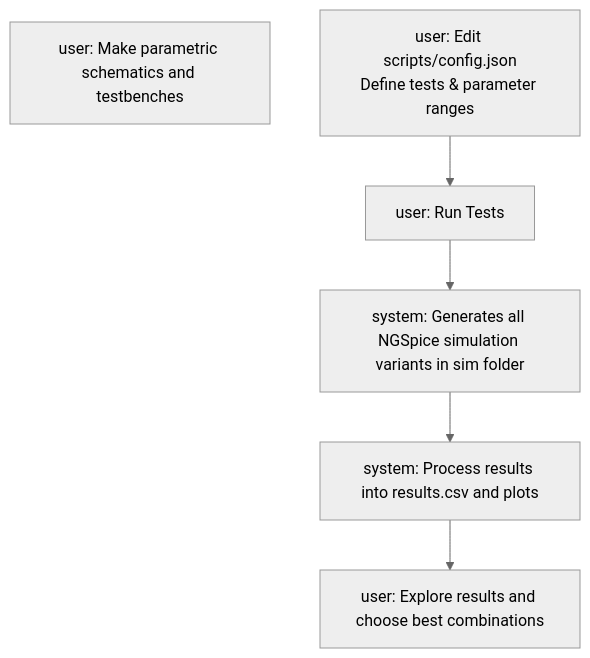
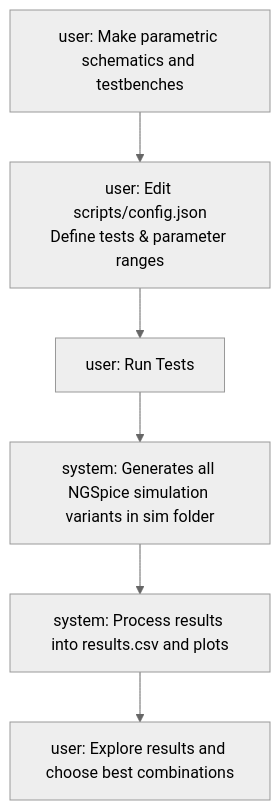
The diagram in README.md (adankvitschal/sky130_ak_ip__sigma_delta), drawn with Mermaid (neutral theme) before and after one commit.

Commit message:
[fix] readme worflow diagram

````diff
--- a/README.md
+++ b/README.md
@@ -17,8 +17,9 @@
 ```mermaid
 flowchart TD
     A[user: Make parametric schematics and testbenches]
-    B[user: Edit scripts/config.json<br>Define tests & parameter ranges] --> C[user: Run Tests]
+    A --> B[user: Edit scripts/config.json<br>Define tests & parameter ranges]
+    B --> C[user: Run Tests]
     C --> D[system: Generates all NGSpice simulation variants in sim folder]
     D --> E[system: Process results into results.csv and plots]
     E --> F[user: Explore results and choose best combinations]
 ```
````
